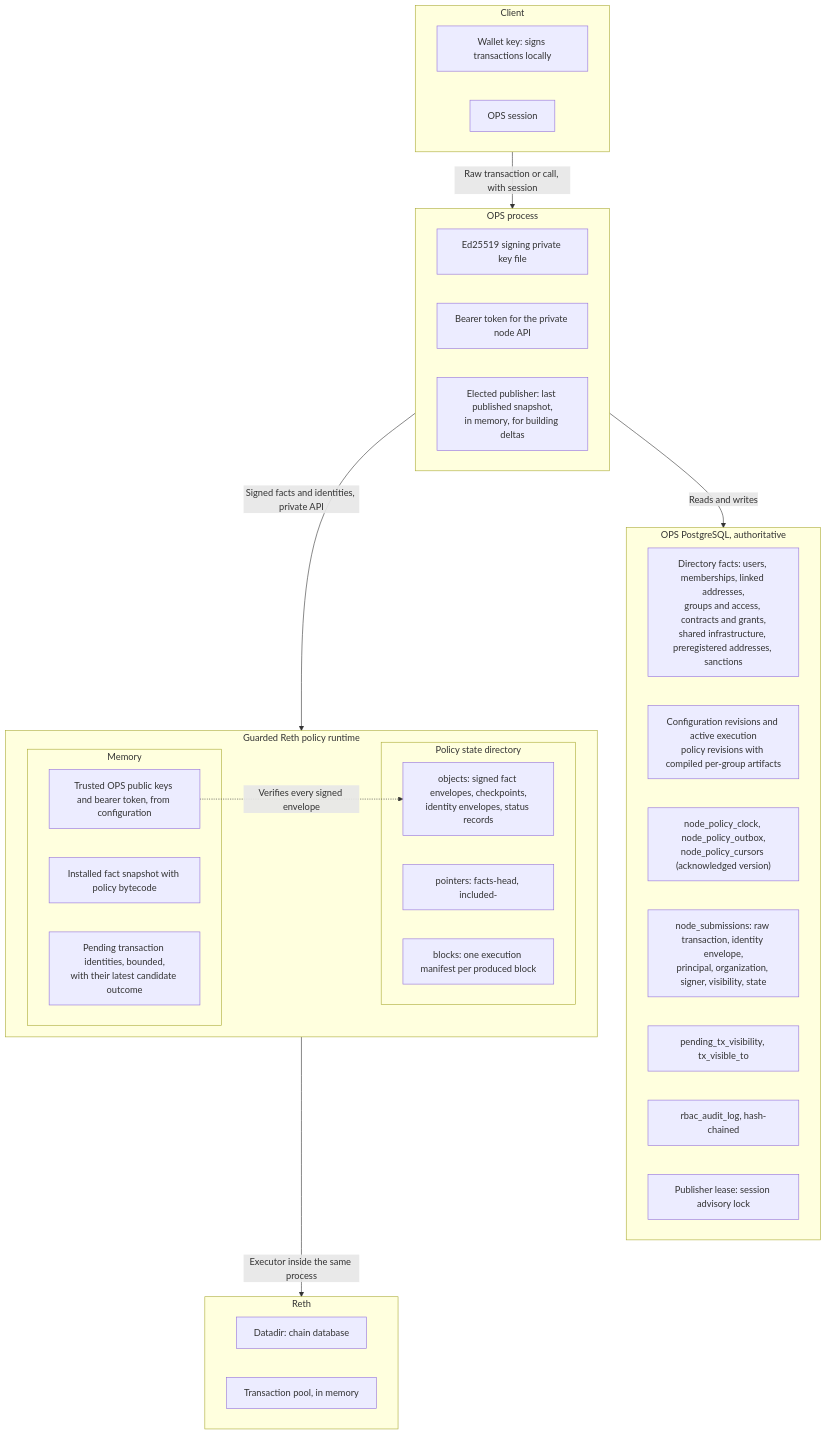
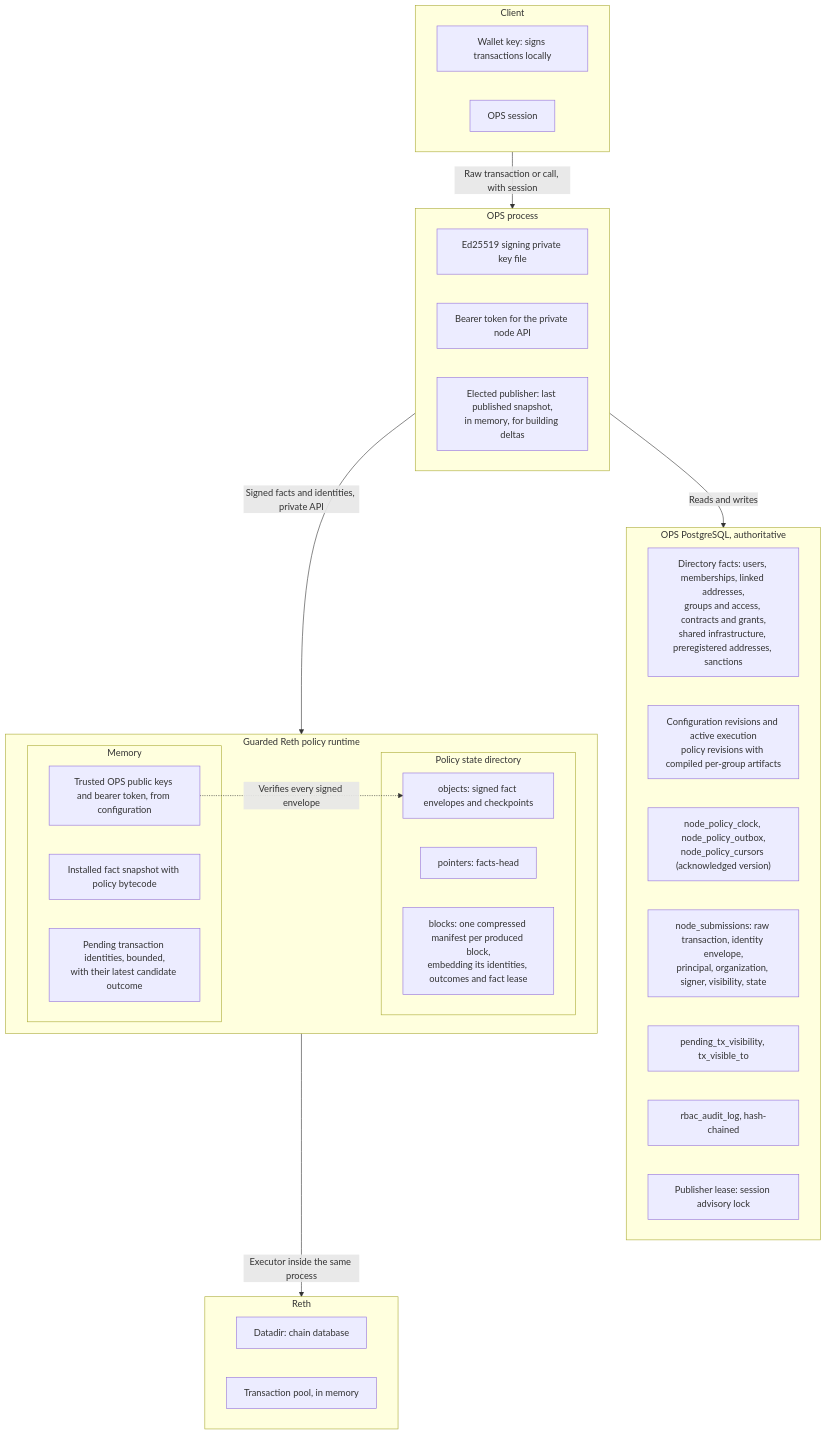
Before and after one commit to LFDT-Permissioned-Privacy-Control/permissioned-privacy-control: the fifth of 6 diagrams in docs/architecture/reth-execution-flow.md, drawn with Mermaid. The commit also changed other lines of this file and 18 other files, not shown here.

````diff
--- a/docs/architecture/reth-execution-flow.md
+++ b/docs/architecture/reth-execution-flow.md
@@ -278,42 +278,42 @@
 ```mermaid
 flowchart TB
     subgraph Client["Client"]
         Wallet["Wallet key: signs transactions locally"]
         Session["OPS session"]
     end
     subgraph OPSProc["OPS process"]
         SignKey["Ed25519 signing private key file"]
         NodeToken["Bearer token for the private node API"]
         LastSnap["Elected publisher: last published snapshot,<br/>in memory, for building deltas"]
     end
     subgraph PG["OPS PostgreSQL, authoritative"]
         Directory["Directory facts: users, memberships, linked addresses,<br/>groups and access, contracts and grants,<br/>shared infrastructure, preregistered addresses, sanctions"]
         Config["Configuration revisions and active execution<br/>policy revisions with compiled per-group artifacts"]
         Feed["node_policy_clock, node_policy_outbox,<br/>node_policy_cursors (acknowledged version)"]
         Subs["node_submissions: raw transaction, identity envelope,<br/>principal, organization, signer, visibility, state"]
         Visibility["pending_tx_visibility, tx_visible_to"]
         Audit["rbac_audit_log, hash-chained"]
         Lease["Publisher lease: session advisory lock"]
     end
     subgraph Runtime["Guarded Reth policy runtime"]
         subgraph Memory["Memory"]
             Facts["Installed fact snapshot with policy bytecode"]
             Pending["Pending transaction identities, bounded,<br/>with their latest candidate outcome"]
             Trust["Trusted OPS public keys and bearer token, from configuration"]
         end
         subgraph StateDir["Policy state directory"]
-            Objects["objects: signed fact envelopes, checkpoints,<br/>identity envelopes, status records"]
-            Pointers["pointers: facts-head, included-"]
-            Blocks["blocks: one execution manifest per produced block"]
+            Objects["objects: signed fact envelopes and checkpoints"]
+            Pointers["pointers: facts-head"]
+            Blocks["blocks: one compressed manifest per produced block,<br/>embedding its identities, outcomes and fact lease"]
         end
     end
     subgraph Reth["Reth"]
         Chain["Datadir: chain database"]
         Pool["Transaction pool, in memory"]
     end
     Client -->|"Raw transaction or call, with session"| OPSProc
     OPSProc -->|"Reads and writes"| PG
     OPSProc -->|"Signed facts and identities, private API"| Runtime
     Trust -.->|"Verifies every signed envelope"| Objects
     Runtime -->|"Executor inside the same process"| Reth
 ```
````
